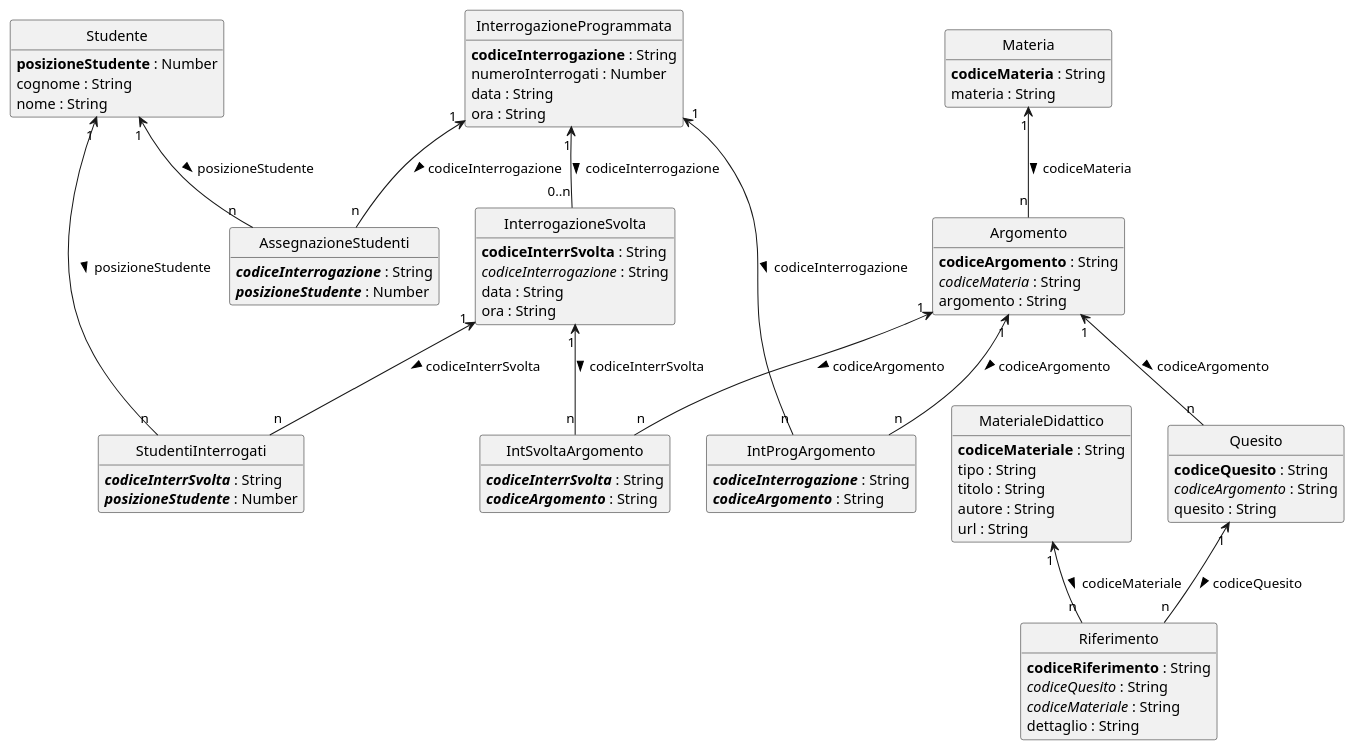
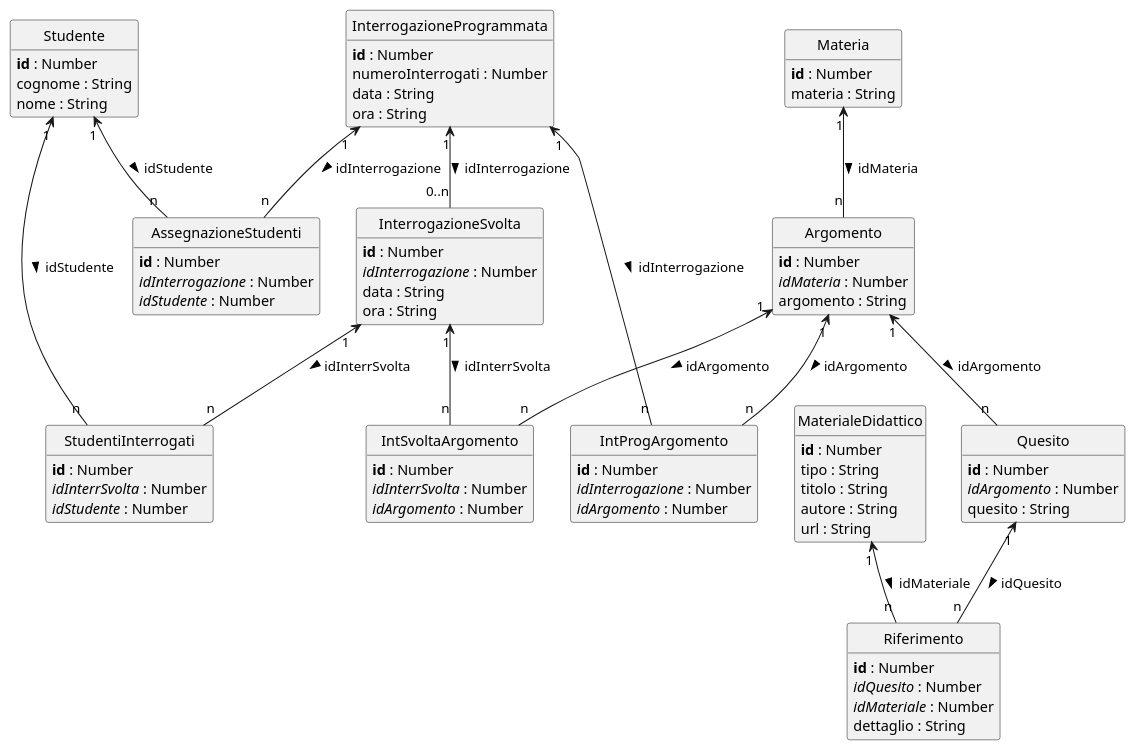
One commit to gionatamassibenincasa/study-together changed the eighth of 8 diagrams in srs.adoc. Above: the diagram before and after it, drawn with PlantUML. The commit also changed other lines of this file and 11 other files, not shown here.

Commit message:
Align schema to auto-generated IDs

```diff
--- a/srs.adoc
+++ b/srs.adoc
@@ -1010,30 +1039,30 @@
 hide method
 
 class Studente {
-  **posizioneStudente** : Number
+  **id** : Number
   cognome : String
   nome : String
 }
 
 class Materia {
-  **codiceMateria** : String
+  **id** : Number
   materia : String
 }
 
 class Argomento {
-  **codiceArgomento** : String
-  //codiceMateria// : String
+  **id** : Number
+  //idMateria// : Number
   argomento : String
 }
 
 class Quesito {
-  **codiceQuesito** : String
-  //codiceArgomento// : String
+  **id** : Number
+  //idArgomento// : Number
   quesito : String
 }
 
 class MaterialeDidattico {
-  **codiceMateriale** : String
+  **id** : Number
   tipo : String
   titolo : String
   autore : String
@@ -1041,58 +1070,62 @@
 }
 
 class Riferimento {
-  **codiceRiferimento** : String
-  //codiceQuesito// : String
-  //codiceMateriale// : String
+  **id** : Number
+  //idQuesito// : Number
+  //idMateriale// : Number
   dettaglio : String
 }
 
 class InterrogazioneProgrammata {
-  **codiceInterrogazione** : String
+  **id** : Number
   numeroInterrogati : Number
   data : String
   ora : String
 }
 
 class IntProgArgomento {
-  //**codiceInterrogazione**// : String
-  //**codiceArgomento**// : String
+  **id** : Number
+  //idInterrogazione// : Number
+  //idArgomento// : Number
 }
 
 class AssegnazioneStudenti {
-  //**codiceInterrogazione**// : String
-  //**posizioneStudente**// : Number
+  **id** : Number
+  //idInterrogazione// : Number
+  //idStudente// : Number
 }
 
 class InterrogazioneSvolta {
-  **codiceInterrSvolta** : String
-  //codiceInterrogazione// : String
+  **id** : Number
+  //idInterrogazione// : Number
   data : String
   ora : String
 }
 
 class IntSvoltaArgomento {
-  //**codiceInterrSvolta**// : String
-  //**codiceArgomento**// : String
+  **id** : Number
+  //idInterrSvolta// : Number
+  //idArgomento// : Number
 }
 
 class StudentiInterrogati {
-  //**codiceInterrSvolta**// : String
-  //**posizioneStudente**// : Number
+  **id** : Number
+  //idInterrSvolta// : Number
+  //idStudente// : Number
 }
 
-Materia "1" <-- "n" Argomento : codiceMateria >
-Argomento "1" <-- "n" Quesito : codiceArgomento >
-Quesito "1" <-- "n" Riferimento : codiceQuesito >
-MaterialeDidattico "1" <-- "n" Riferimento : codiceMateriale >
-InterrogazioneProgrammata "1" <-- "n" IntProgArgomento : codiceInterrogazione >
-Argomento "1" <-- "n" IntProgArgomento : codiceArgomento >
-InterrogazioneProgrammata "1" <-- "n" AssegnazioneStudenti : codiceInterrogazione >
-Studente "1" <-- "n" AssegnazioneStudenti : posizioneStudente >
-InterrogazioneProgrammata "1" <-- "0..n" InterrogazioneSvolta : codiceInterrogazione >
-InterrogazioneSvolta "1" <-- "n" IntSvoltaArgomento : codiceInterrSvolta >
-Argomento "1" <-- "n" IntSvoltaArgomento : codiceArgomento >
-InterrogazioneSvolta "1" <-- "n" StudentiInterrogati : codiceInterrSvolta >
-Studente "1" <-- "n" StudentiInterrogati : posizioneStudente >
+Materia "1" <-- "n" Argomento : idMateria >
+Argomento "1" <-- "n" Quesito : idArgomento >
+Quesito "1" <-- "n" Riferimento : idQuesito >
+MaterialeDidattico "1" <-- "n" Riferimento : idMateriale >
+InterrogazioneProgrammata "1" <-- "n" IntProgArgomento : idInterrogazione >
+Argomento "1" <-- "n" IntProgArgomento : idArgomento >
+InterrogazioneProgrammata "1" <-- "n" AssegnazioneStudenti : idInterrogazione >
+Studente "1" <-- "n" AssegnazioneStudenti : idStudente >
+InterrogazioneProgrammata "1" <-- "0..n" InterrogazioneSvolta : idInterrogazione >
+InterrogazioneSvolta "1" <-- "n" IntSvoltaArgomento : idInterrSvolta >
+Argomento "1" <-- "n" IntSvoltaArgomento : idArgomento >
+InterrogazioneSvolta "1" <-- "n" StudentiInterrogati : idInterrSvolta >
+Studente "1" <-- "n" StudentiInterrogati : idStudente >
 @enduml
 ....
```
